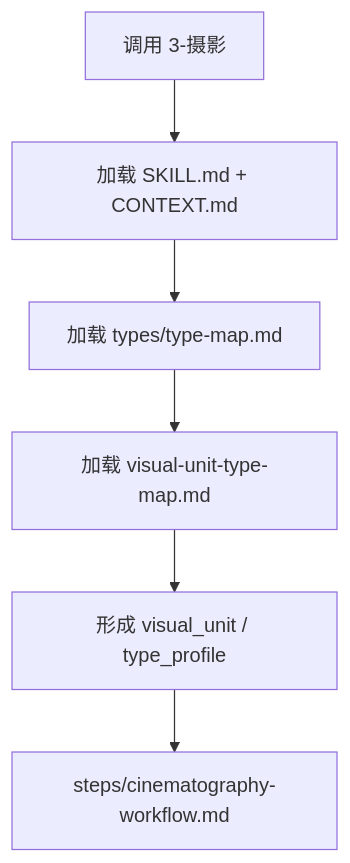
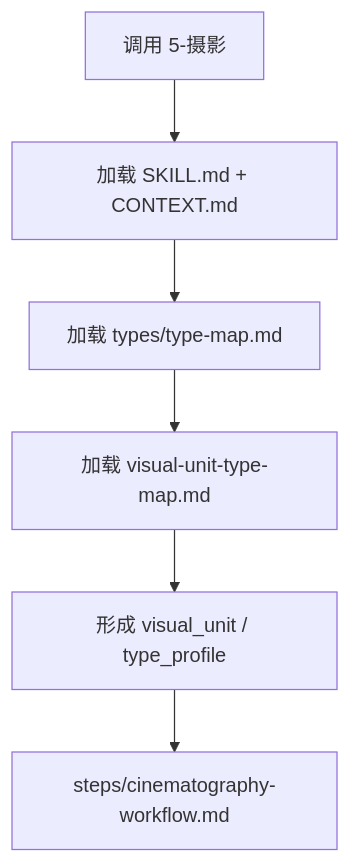
Before and after one commit to ZEN-VOID/AI-CUT: the diagram in .agents/skills/aigc/5-摄影/types/type-map.md, drawn with Mermaid. The commit also changed 88 other files, not shown here.

````diff
--- a/.agents/skills/aigc/5-摄影/types/type-map.md
+++ b/.agents/skills/aigc/5-摄影/types/type-map.md
@@ -17,8 +17,8 @@
 ```mermaid
 flowchart TD
-    A["调用 3-摄影"] --> B["加载 SKILL.md + CONTEXT.md"]
+    A["调用 5-摄影"] --> B["加载 SKILL.md + CONTEXT.md"]
     B --> C["加载 types/type-map.md"]
     C --> D["加载 visual-unit-type-map.md"]
     D --> E["形成 visual_unit / type_profile"]
     E --> F["steps/cinematography-workflow.md"]
 ```
````
